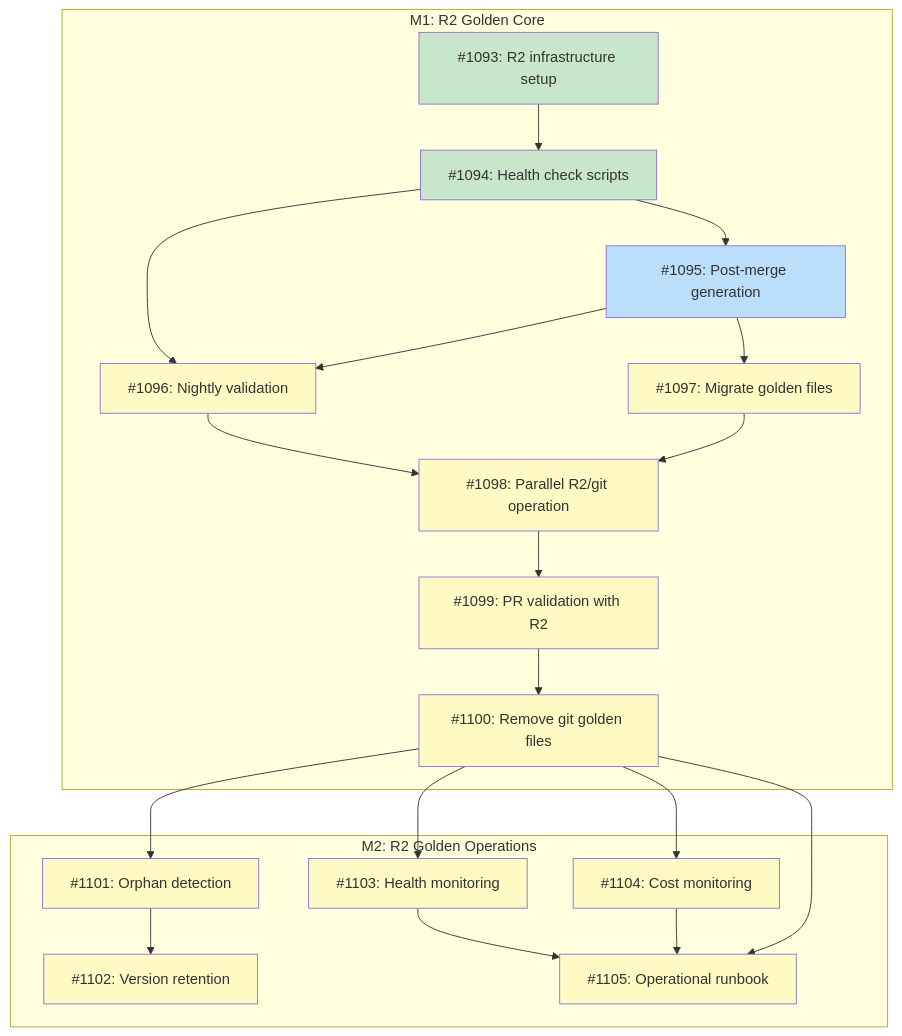
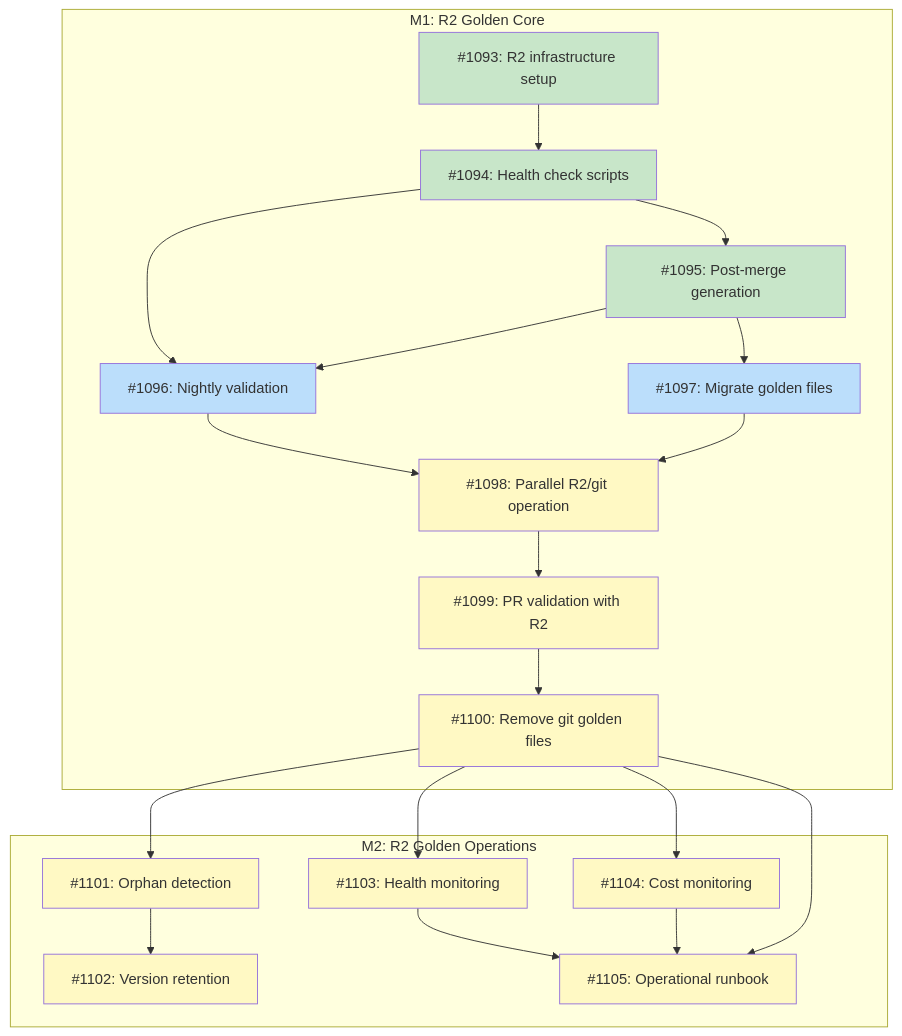
Before and after one commit to tsukumogami/tsuku: the diagram in docs/designs/DESIGN-r2-golden-storage.md, drawn with Mermaid. The commit also changed 1 other file, not shown here.

Commit message:
ci: add post-merge golden file generation workflow (#1120)
Add GitHub Actions workflow that generates golden files when registry
recipes are merged to main and uploads them to R2 storage. This
implements the CI-generated golden files model from the R2 golden
storage design, removing the need for contributors to generate and
commit golden files manually.

The workflow supports both automatic triggering on recipe changes and
manual triggering via workflow_dispatch for regenerating specific
recipes.

````diff
--- a/docs/designs/DESIGN-r2-golden-storage.md
+++ b/docs/designs/DESIGN-r2-golden-storage.md
@@ -41,48 +41,48 @@
 ```mermaid
 graph TD
     subgraph M1["M1: R2 Golden Core"]
         I1093["#1093: R2 infrastructure setup"]
         I1094["#1094: Health check scripts"]
         I1095["#1095: Post-merge generation"]
         I1096["#1096: Nightly validation"]
         I1097["#1097: Migrate golden files"]
         I1098["#1098: Parallel R2/git operation"]
         I1099["#1099: PR validation with R2"]
         I1100["#1100: Remove git golden files"]
     end
 
     subgraph M2["M2: R2 Golden Operations"]
         I1101["#1101: Orphan detection"]
         I1102["#1102: Version retention"]
         I1103["#1103: Health monitoring"]
         I1104["#1104: Cost monitoring"]
         I1105["#1105: Operational runbook"]
     end
 
     I1093 --> I1094
     I1094 --> I1095
     I1094 --> I1096
     I1095 --> I1096
     I1095 --> I1097
     I1096 --> I1098
     I1097 --> I1098
     I1098 --> I1099
     I1099 --> I1100
     I1100 --> I1101
     I1101 --> I1102
     I1100 --> I1103
     I1100 --> I1104
     I1103 --> I1105
     I1104 --> I1105
     I1100 --> I1105
 
     classDef done fill:#c8e6c9
     classDef ready fill:#bbdefb
     classDef blocked fill:#fff9c4
     classDef needsDesign fill:#e1bee7
 
-    class I1093,I1094 done
-    class I1095 ready
-    class I1096,I1097,I1098,I1099,I1100 blocked
+    class I1093,I1094,I1095 done
+    class I1096,I1097 ready
+    class I1098,I1099,I1100 blocked
     class I1101,I1102,I1103,I1104,I1105 blocked
 ```
````
